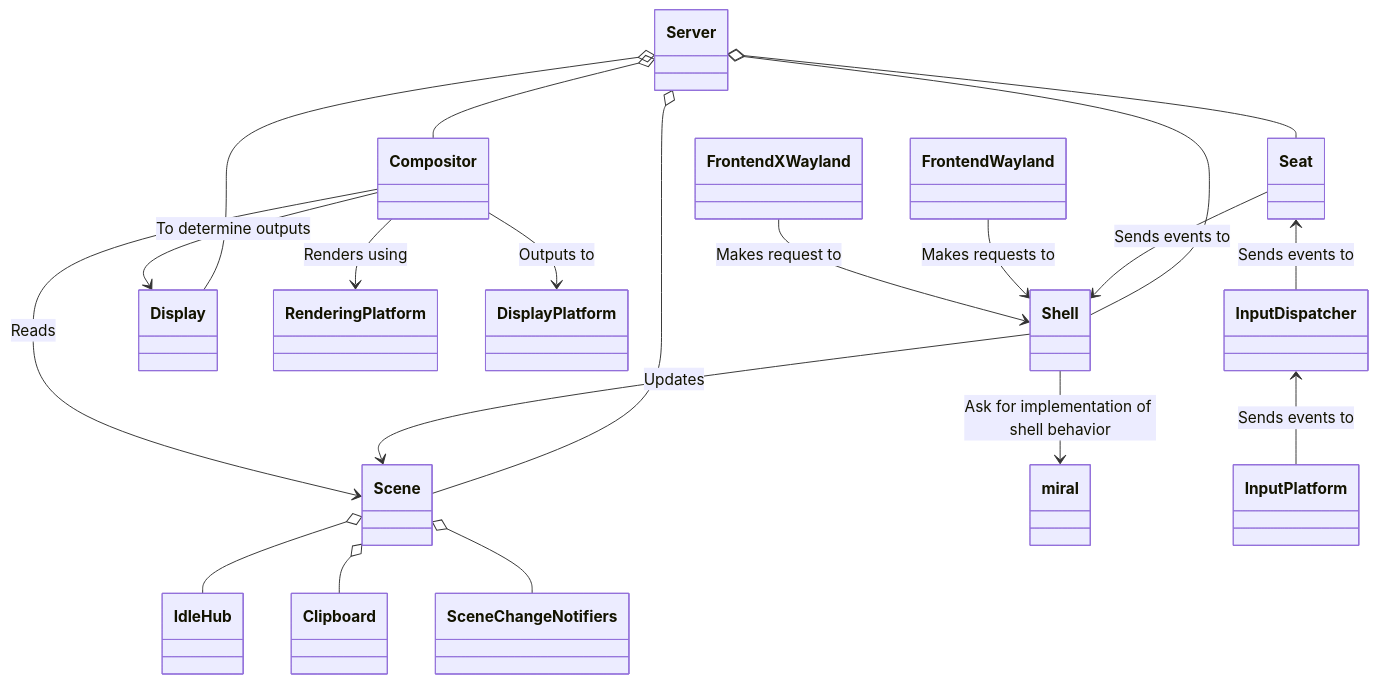
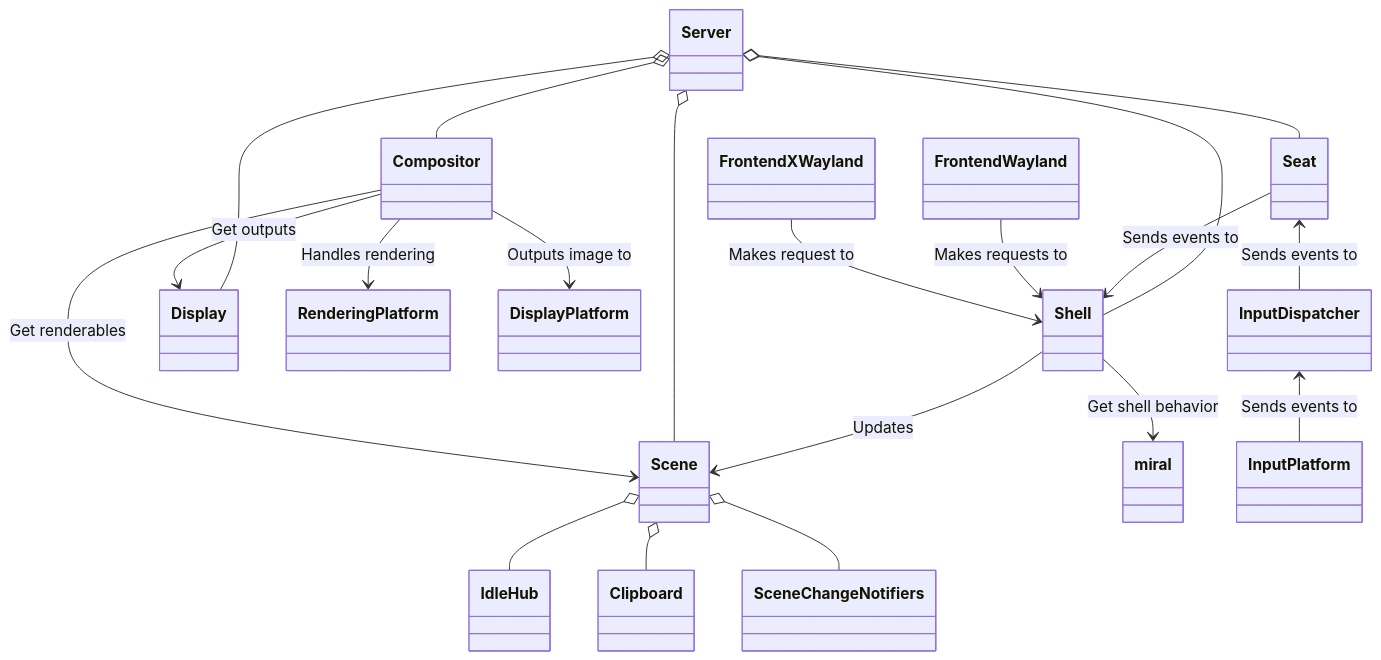
One commit to canonical/mir changed the diagram in doc/sphinx/mirserver.mmd. Above: the diagram before and after it, drawn with Mermaid. The commit also changed 1 other file, not shown here.

```diff
--- a/doc/sphinx/mirserver.mmd
+++ b/doc/sphinx/mirserver.mmd
@@ -1,26 +1,26 @@
 
 classDiagram
+    Shell --> Scene: Updates
     Server o-- Shell
     Server o-- Scene
     Server o-- Compositor
     Server o-- Seat
     Server o-- Display
 
-    Shell --> miral: Ask for implementation of shell behavior
-    Shell --> Scene: Updates
-    Compositor --> Scene: Reads
-    Compositor --> Display: To determine outputs
-    Compositor --> RenderingPlatform: Renders using
-    Compositor --> DisplayPlatform: Outputs to
+    Shell --> miral: Get shell behavior
+    Compositor --> Scene: Get renderables
+    Compositor --> Display: Get outputs
+    Compositor --> RenderingPlatform: Handles rendering
+    Compositor --> DisplayPlatform: Outputs image to
     InputDispatcher <-- InputPlatform: Sends events to
     Seat <-- InputDispatcher: Sends events to
     Seat --> Shell: Sends events to
     FrontendWayland --> Shell: Makes requests to
     FrontendXWayland --> Shell: Makes request to
     Scene o-- IdleHub
     Scene o-- Clipboard
     Scene o-- SceneChangeNotifiers
 
 
     %%Server --> Core
     %%Server --> Common
```
